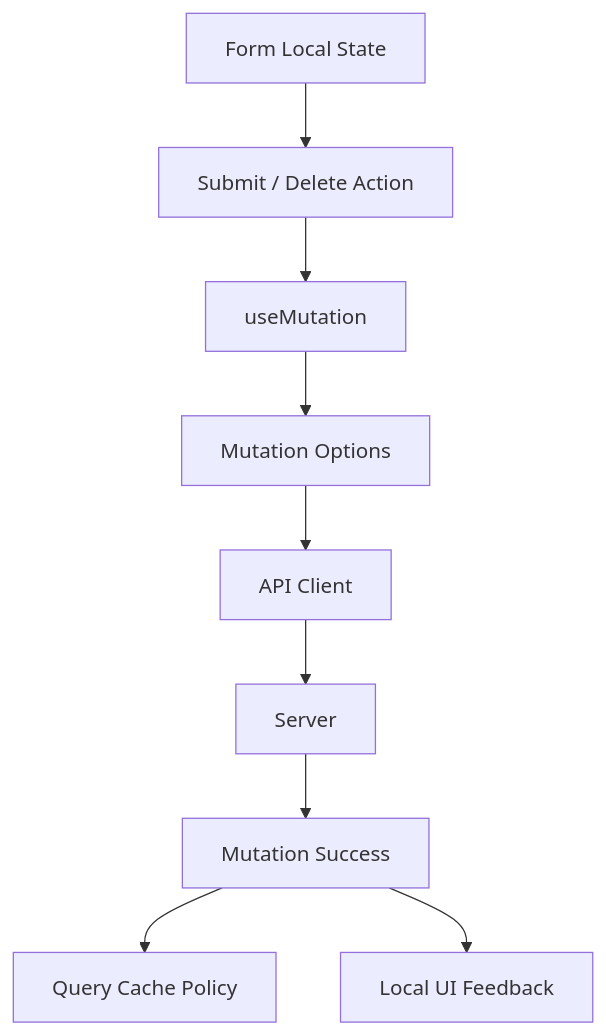
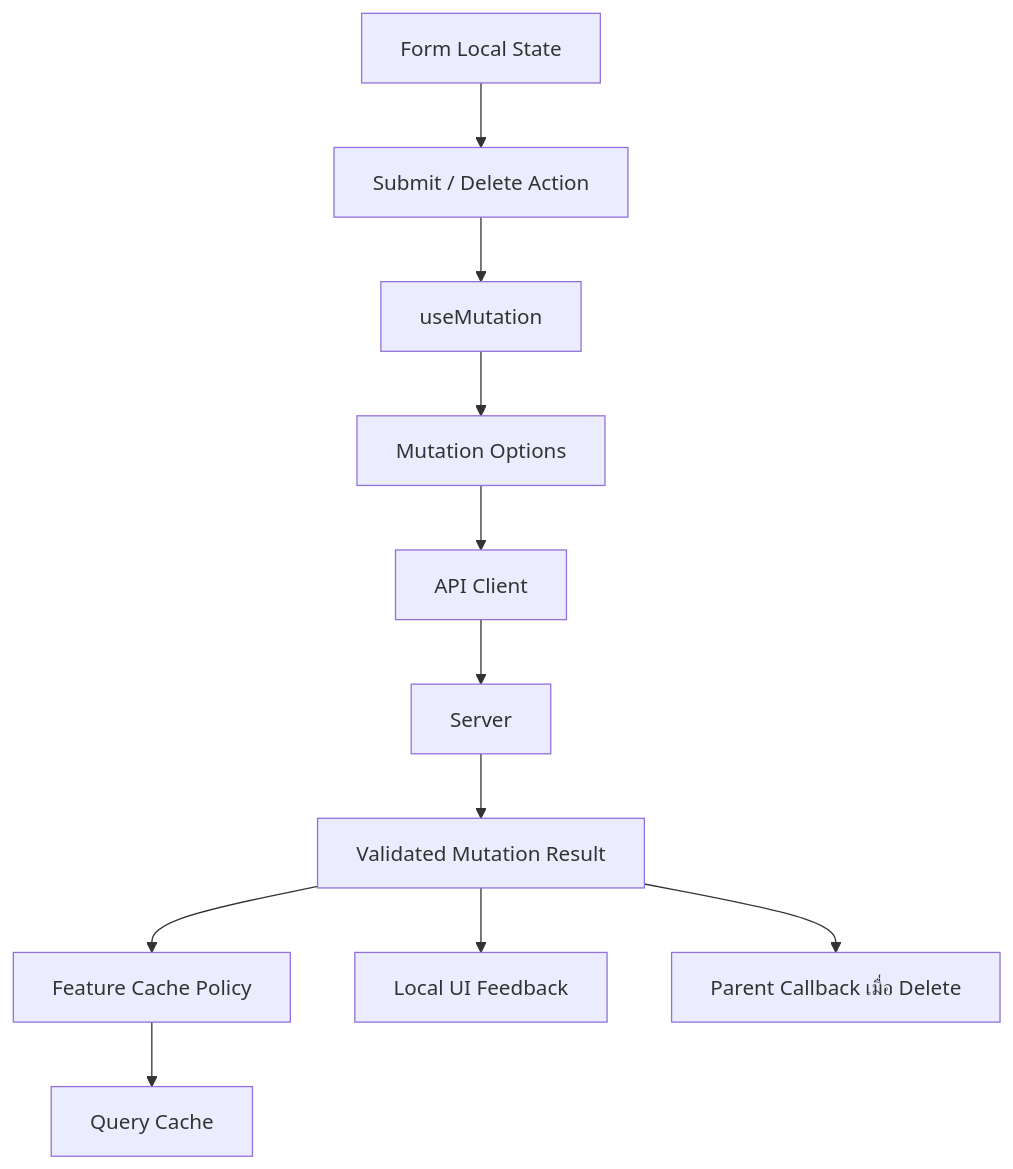
Before and after one commit to thehermitdev/tanstack-router-boilerplate: the sixth of 6 diagrams in docs/details/todos/components-todo-mutation-panel.md, drawn with Mermaid. The commit also changed other lines of this file, not shown here.

Commit message:
docs: explain todo mutation panel

````diff
--- a/docs/details/todos/components-todo-mutation-panel.md
+++ b/docs/details/todos/components-todo-mutation-panel.md
@@ -103,11 +916,13 @@
 ```mermaid
 flowchart TD
     A[Form Local State] --> B[Submit / Delete Action]
     B --> C[useMutation]
     C --> D[Mutation Options]
     D --> E[API Client]
     E --> F[Server]
-    F --> G[Mutation Success]
-    G --> H[Query Cache Policy]
-    G --> I[Local UI Feedback]
+    F --> G[Validated Mutation Result]
+    G --> H[Feature Cache Policy]
+    H --> I[Query Cache]
+    G --> J[Local UI Feedback]
+    G --> K[Parent Callback เมื่อ Delete]
 ```
````
